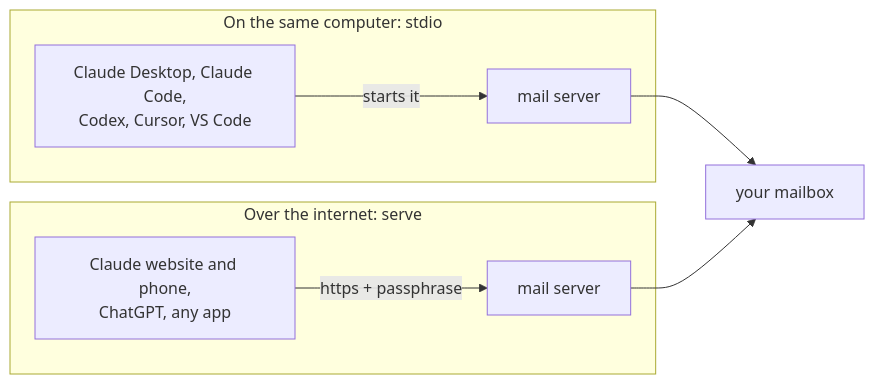
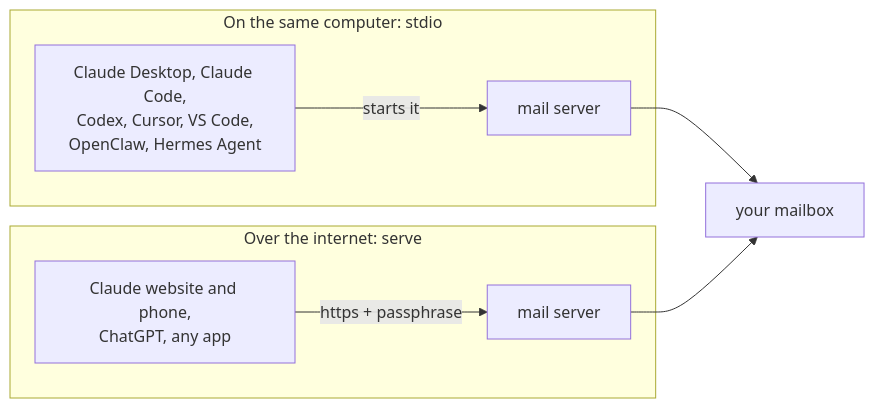
One commit to Self-hosted-MCP/Selfhost-Remote-Mail-MCP changed the diagram in docs/connect-your-ai.md. Above: the diagram before and after it, drawn with Mermaid. The commit also changed other lines of this file and 35 other files, not shown here.

Commit message:
Selfhost-Remote-Mail-MCP 0.11.0: settings tabs as pages, add-ons tab with on/off buttons, OpenClaw and Hermes docs

````diff
--- a/docs/connect-your-ai.md
+++ b/docs/connect-your-ai.md
@@ -8,11 +8,11 @@
 ```mermaid
 flowchart LR
     subgraph computer["On the same computer: stdio"]
-        A1["Claude Desktop, Claude Code,<br/>Codex, Cursor, VS Code"] -->|"starts it"| S1["mail server"]
+        A1["Claude Desktop, Claude Code,<br/>Codex, Cursor, VS Code,<br/>OpenClaw, Hermes Agent"] -->|"starts it"| S1["mail server"]
     end
     subgraph internet["Over the internet: serve"]
         A2["Claude website and phone,<br/>ChatGPT, any app"] -->|"https + passphrase"| S2["mail server"]
     end
     S1 --> M["your mailbox"]
     S2 --> M
 ```
````
